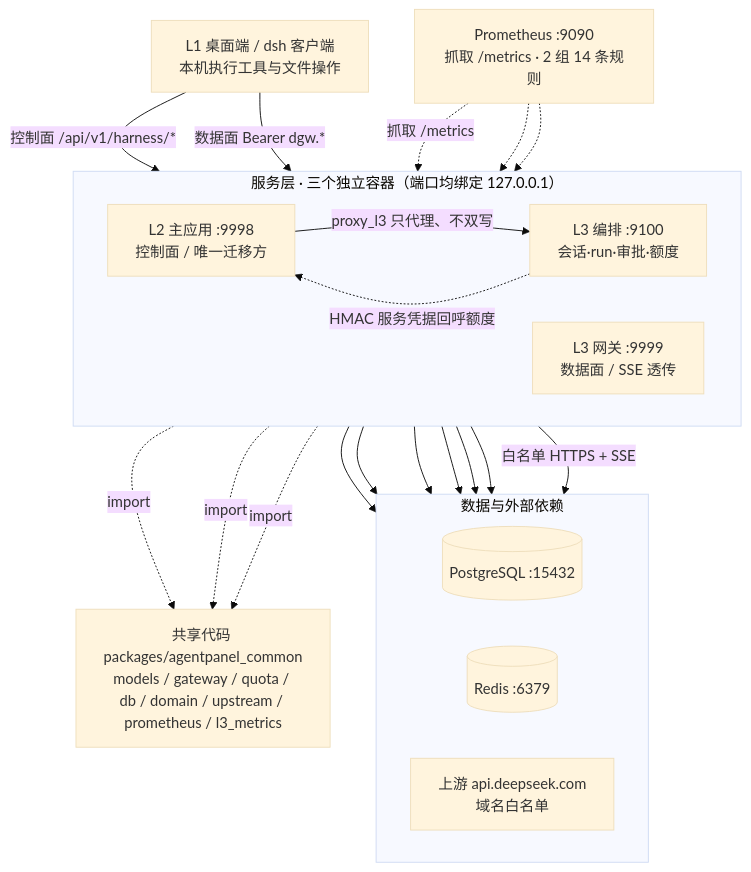
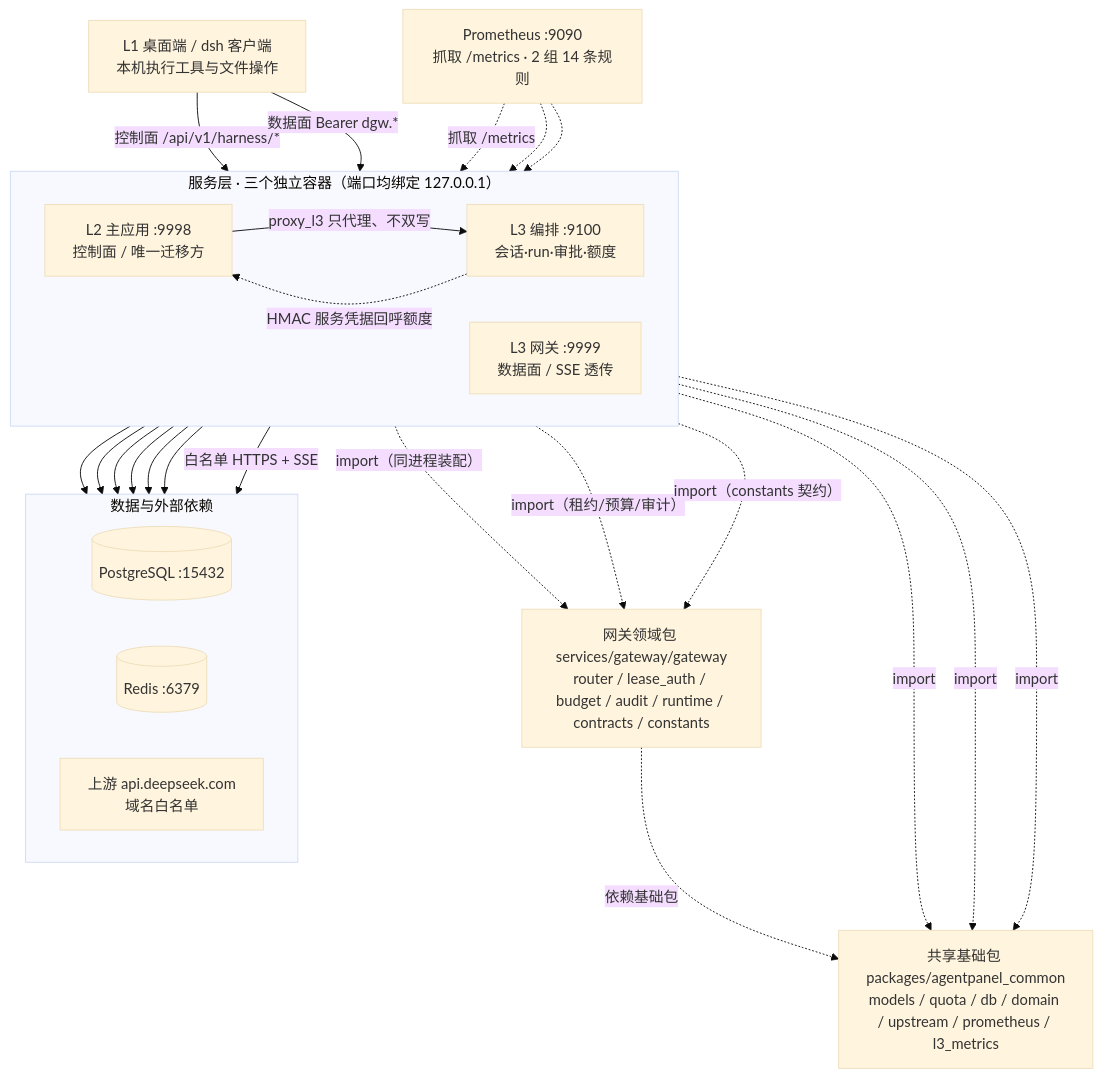
The first of 3 diagrams in reports/architecture/as-built-architecture-2026-11-09.md (tec-more/agentpanel), drawn with Mermaid (base theme) before and after one commit. The commit also changed other lines of this file and 38 other files, not shown here.

First line of the commit message:
refactor: 网关领域包迁入 services/gateway/gateway

````diff
--- a/reports/architecture/as-built-architecture-2026-11-09.md
+++ b/reports/architecture/as-built-architecture-2026-11-09.md
@@ -21,36 +23,41 @@
 ```mermaid
 flowchart TB
   C["L1 桌面端 / dsh 客户端<br/>本机执行工具与文件操作"]
   subgraph SVC["服务层 · 三个独立容器（端口均绑定 127.0.0.1）"]
     direction LR
     L2["L2 主应用 :9998<br/>控制面 / 唯一迁移方"]
     GW["L3 网关 :9999<br/>数据面 / SSE 透传"]
     OR["L3 编排 :9100<br/>会话·run·审批·额度"]
   end
-  CM["共享代码 packages/agentpanel_common<br/>models / gateway / quota / db / domain / upstream / prometheus / l3_metrics"]
+  CM["共享基础包 packages/agentpanel_common<br/>models / quota / db / domain / upstream / prometheus / l3_metrics"]
+  GWD["网关领域包 services/gateway/gateway<br/>router / lease_auth / budget / audit / runtime / contracts / constants"]
   subgraph ST["数据与外部依赖"]
     direction LR
     PG[("PostgreSQL :15432")]
     RD[("Redis :6379")]
     EXT["上游 api.deepseek.com<br/>域名白名单"]
   end
   PM["Prometheus :9090<br/>抓取 /metrics · 2 组 14 条规则"]
 
   C -->|"控制面 /api/v1/harness/*"| L2
   C -->|"数据面 Bearer dgw.*"| GW
   L2 -->|"proxy_l3 只代理、不双写"| OR
   OR -.->|"HMAC 服务凭据回呼额度"| L2
   L2 -.->|import| CM
   GW -.->|import| CM
   OR -.->|import| CM
+  GW -.->|"import（同进程装配）"| GWD
+  L2 -.->|"import（租约/预算/审计）"| GWD
+  OR -.->|"import（constants 契约）"| GWD
+  GWD -.->|"依赖基础包"| CM
   L2 --> PG
   L2 --> RD
   OR --> PG
   OR --> RD
   GW --> PG
   GW --> RD
   GW -->|"白名单 HTTPS + SSE"| EXT
   PM -.->|"抓取 /metrics"| L2
   PM -.-> GW
   PM -.-> OR
 ```
````
